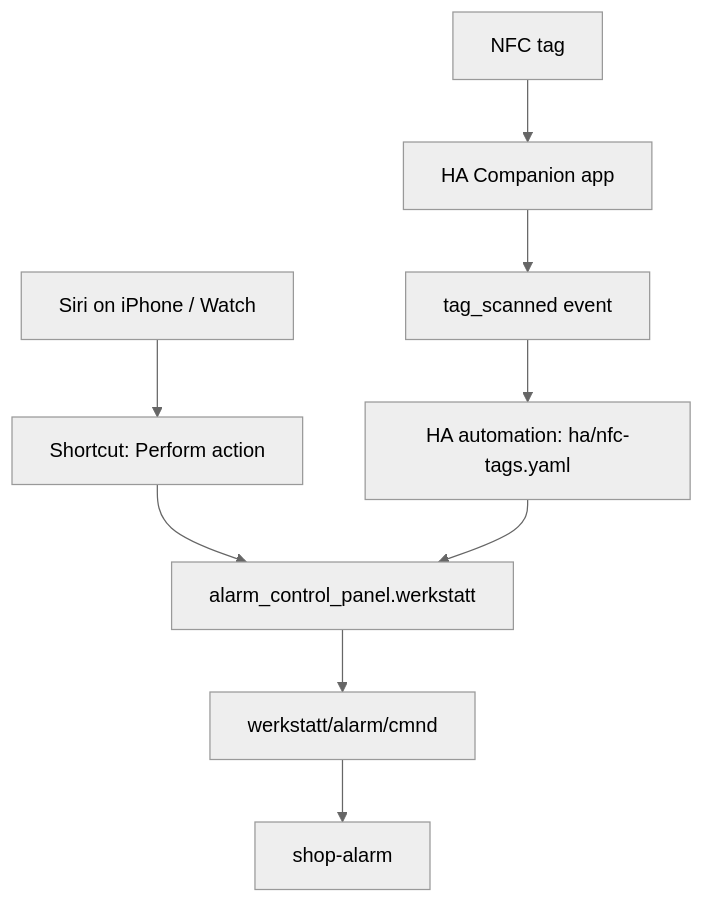
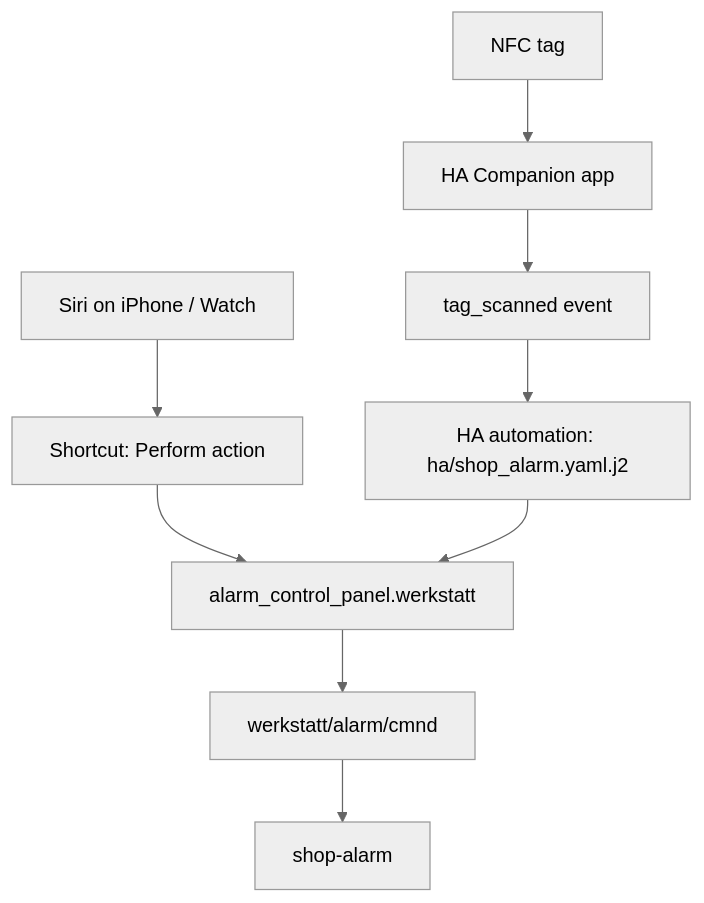
Before and after one commit to uhlig-it/shop-alarm: the diagram in docs/siri-and-nfc.md, drawn with Mermaid (neutral theme). The commit also changed other lines of this file and 6 other files, not shown here.

````diff
--- a/docs/siri-and-nfc.md
+++ b/docs/siri-and-nfc.md
@@ -5,11 +5,11 @@
 ```mermaid
 flowchart TD
     S["Siri on iPhone / Watch"] --> SC["Shortcut: Perform action"]
     N["NFC tag"] --> APP["HA Companion app"]
     APP --> EV["tag_scanned event"]
-    EV --> AU["HA automation: ha/nfc-tags.yaml"]
+    EV --> AU["HA automation: ha/shop_alarm.yaml.j2"]
     SC --> SVC["alarm_control_panel.werkstatt"]
     AU --> SVC
     SVC --> MQTT["werkstatt/alarm/cmnd"]
     MQTT --> SHOP["shop-alarm"]
 ```
````
